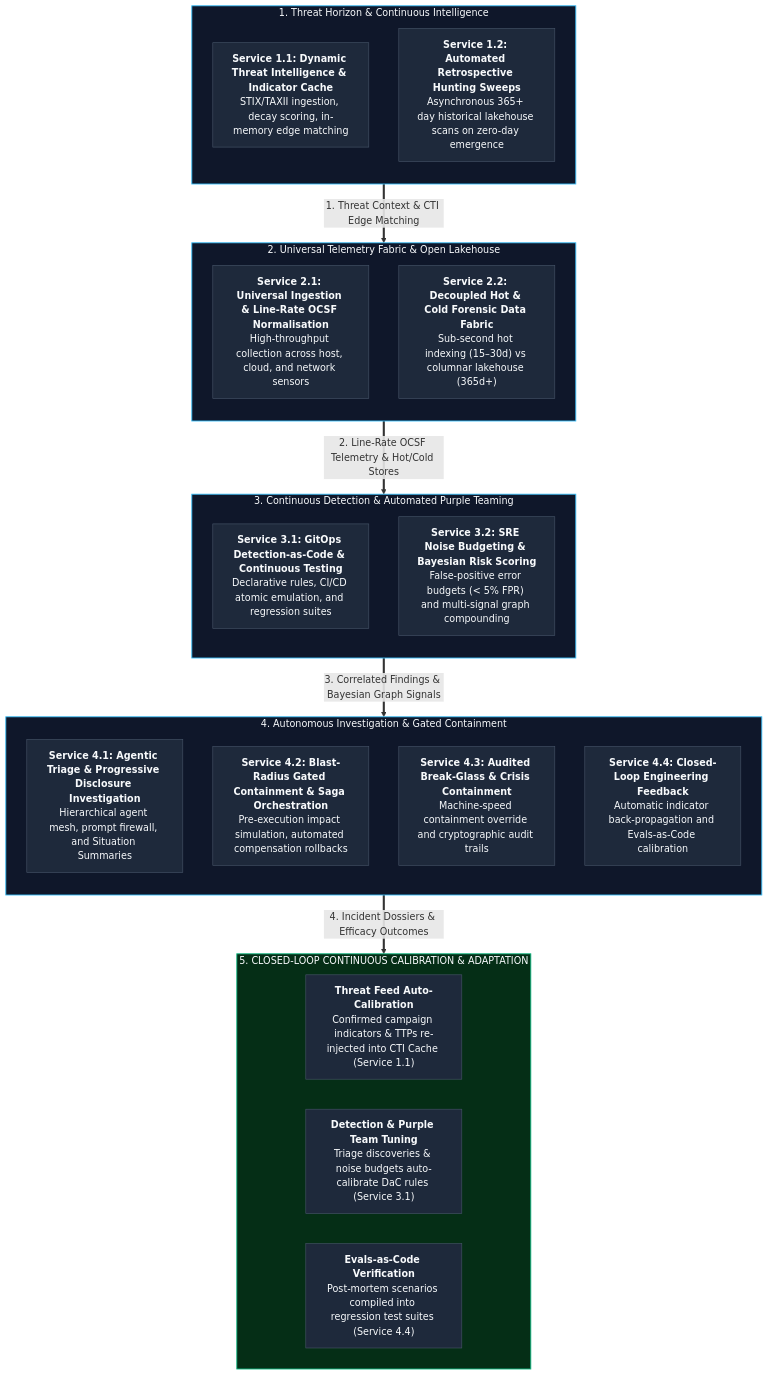
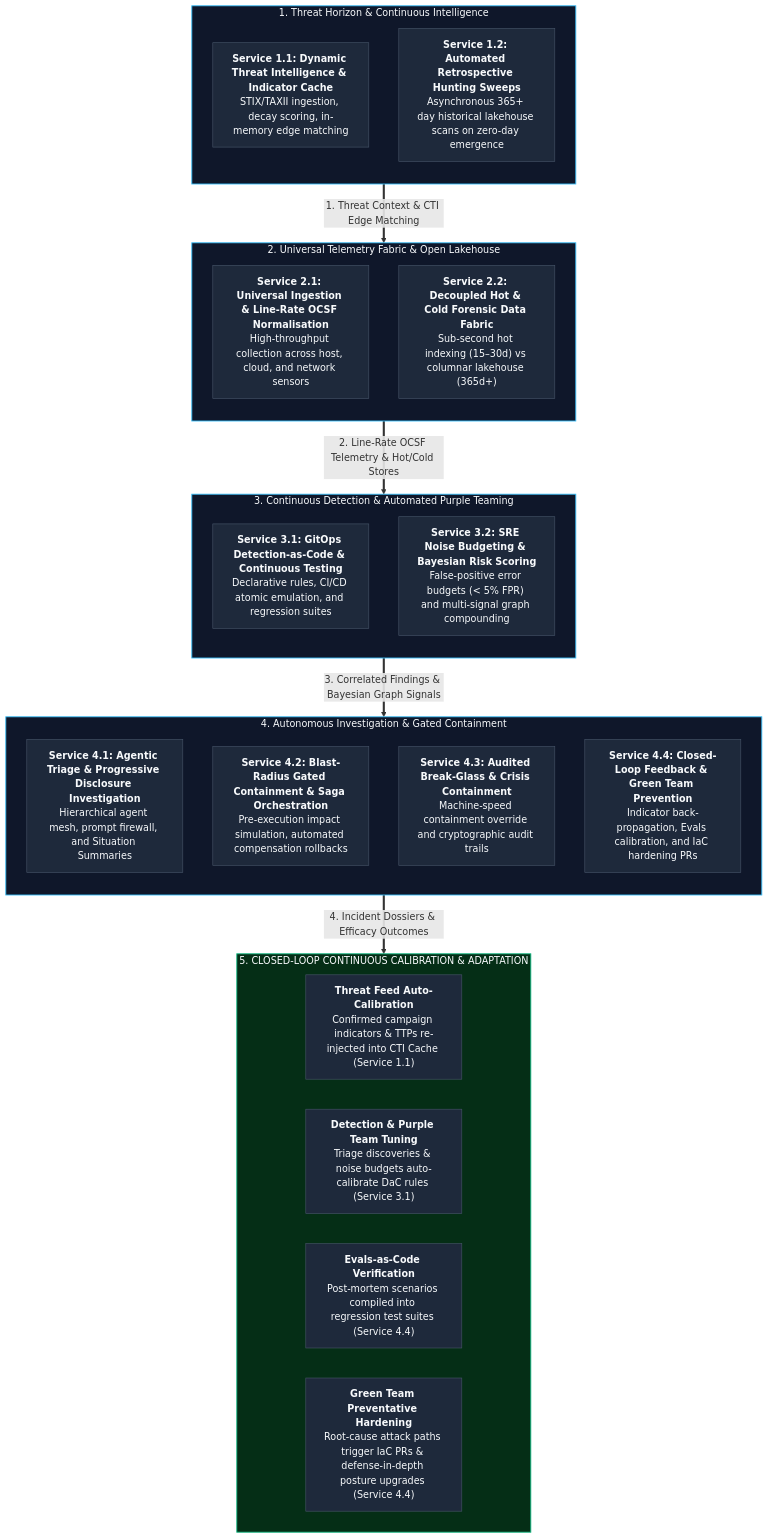
One commit to Haribu/TIDIR changed the diagram in docs/architecture/10-macro-capabilities-and-services.md. Above: the diagram before and after it, drawn with Mermaid. The commit also changed other lines of this file and 20 other files, not shown here.

Commit message:
feat(architecture): launch readiness polish, ADR registry, and Green Team prevention loop

````diff
--- a/docs/architecture/10-macro-capabilities-and-services.md
+++ b/docs/architecture/10-macro-capabilities-and-services.md
@@ -13,47 +13,48 @@
 ```mermaid
 flowchart TB
     subgraph MACRO1 ["1. Threat Horizon & Continuous Intelligence"]
         direction TB
         S11["<b>Service 1.1: Dynamic Threat Intelligence & Indicator Cache</b><br>STIX/TAXII ingestion, decay scoring, in-memory edge matching"]
         S12["<b>Service 1.2: Automated Retrospective Hunting Sweeps</b><br>Asynchronous 365+ day historical lakehouse scans on zero-day emergence"]
     end
 
     subgraph MACRO2 ["2. Universal Telemetry Fabric & Open Lakehouse"]
         direction TB
         S21["<b>Service 2.1: Universal Ingestion & Line-Rate OCSF Normalisation</b><br>High-throughput collection across host, cloud, and network sensors"]
         S22["<b>Service 2.2: Decoupled Hot & Cold Forensic Data Fabric</b><br>Sub-second hot indexing (15–30d) vs columnar lakehouse (365d+)"]
     end
 
     subgraph MACRO3 ["3. Continuous Detection & Automated Purple Teaming"]
         direction TB
         S31["<b>Service 3.1: GitOps Detection-as-Code & Continuous Testing</b><br>Declarative rules, CI/CD atomic emulation, and regression suites"]
         S32["<b>Service 3.2: SRE Noise Budgeting & Bayesian Risk Scoring</b><br>False-positive error budgets (&lt; 5% FPR) and multi-signal graph compounding"]
     end
 
     subgraph MACRO4 ["4. Autonomous Investigation & Gated Containment"]
         direction TB
         S41["<b>Service 4.1: Agentic Triage & Progressive Disclosure Investigation</b><br>Hierarchical agent mesh, prompt firewall, and Situation Summaries"]
         S42["<b>Service 4.2: Blast-Radius Gated Containment & Saga Orchestration</b><br>Pre-execution impact simulation, automated compensation rollbacks"]
         S43["<b>Service 4.3: Audited Break-Glass & Crisis Containment</b><br>Machine-speed containment override and cryptographic audit trails"]
-        S44["<b>Service 4.4: Closed-Loop Engineering Feedback</b><br>Automatic indicator back-propagation and Evals-as-Code calibration"]
+        S44["<b>Service 4.4: Closed-Loop Feedback & Green Team Prevention</b><br>Indicator back-propagation, Evals calibration, and IaC hardening PRs"]
     end
 
     subgraph FEEDBACK ["5. CLOSED-LOOP CONTINUOUS CALIBRATION & ADAPTATION"]
         direction LR
         FB1["<b>Threat Feed Auto-Calibration</b><br>Confirmed campaign indicators & TTPs re-injected into CTI Cache (Service 1.1)"]
         FB2["<b>Detection & Purple Team Tuning</b><br>Triage discoveries & noise budgets auto-calibrate DaC rules (Service 3.1)"]
         FB3["<b>Evals-as-Code Verification</b><br>Post-mortem scenarios compiled into regression test suites (Service 4.4)"]
+        FB4["<b>Green Team Preventative Hardening</b><br>Root-cause attack paths trigger IaC PRs & defense-in-depth posture upgrades (Service 4.4)"]
     end
 
     MACRO1 ==>|1. Threat Context & CTI Edge Matching| MACRO2
     MACRO2 ==>|2. Line-Rate OCSF Telemetry & Hot/Cold Stores| MACRO3
     MACRO3 ==>|3. Correlated Findings & Bayesian Graph Signals| MACRO4
     MACRO4 ==>|4. Incident Dossiers & Efficacy Outcomes| FEEDBACK
 
     classDef default fill:#1e293b,stroke:#475569,stroke-width:1px,color:#f8fafc;
     classDef macro fill:#0f172a,stroke:#38bdf8,stroke-width:1.5px,color:#f8fafc;
     classDef feedback fill:#052e16,stroke:#10b981,stroke-width:1.5px,color:#f8fafc;
-    class S11,S12,S21,S22,S31,S32,S41,S42,S43,S44,FB1,FB2,FB3 default;
+    class S11,S12,S21,S22,S31,S32,S41,S42,S43,S44,FB1,FB2,FB3,FB4 default;
     class MACRO1,MACRO2,MACRO3,MACRO4 macro;
     class FEEDBACK feedback;
 ```
````
